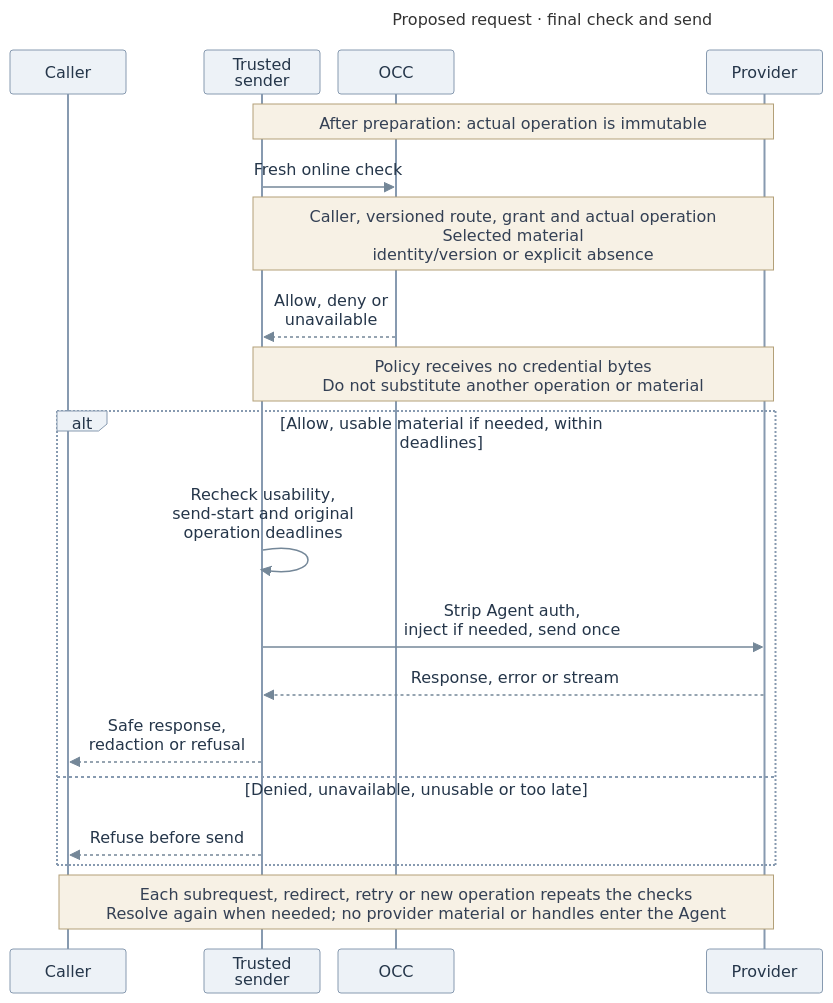
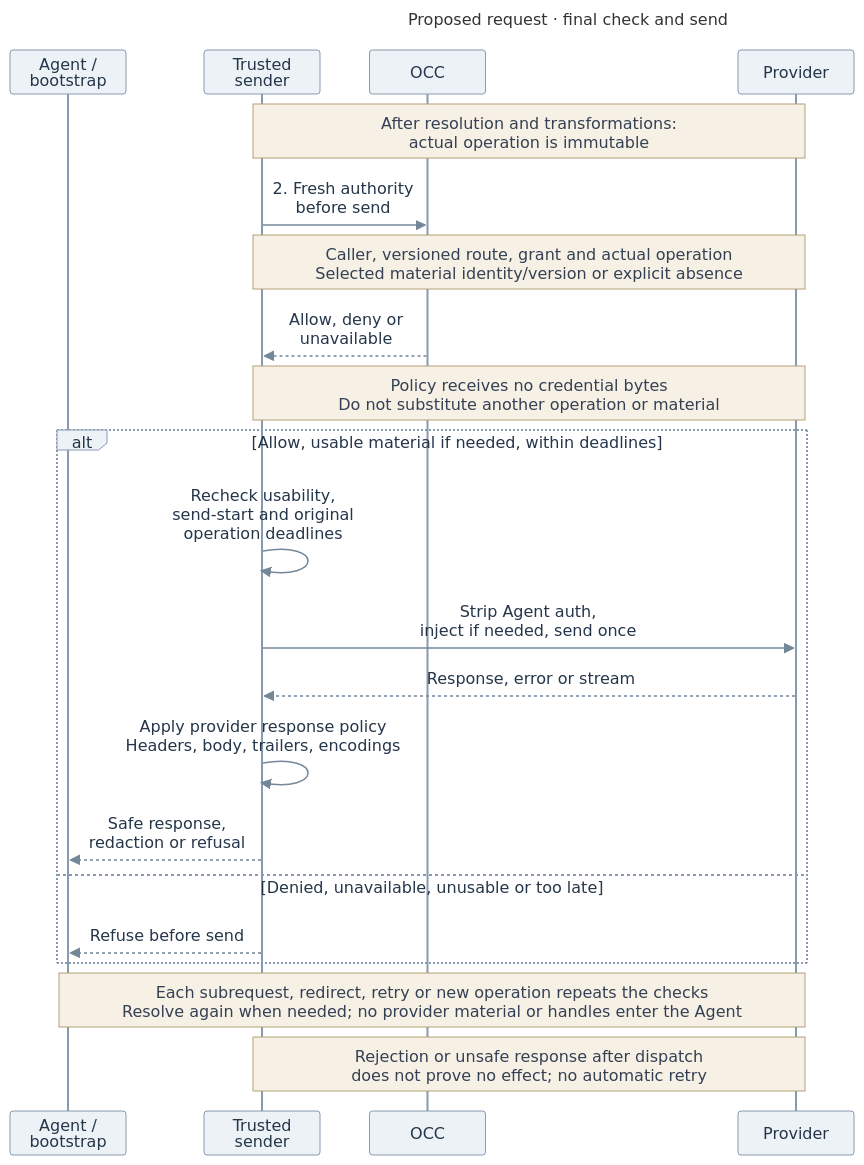
The diagram in specs/rfcs/0019-egress-proxy-credential-lifecycle/assets/request-forwarding.mmd (freeqaz-openai/openclaw-enterprise), drawn with Mermaid before and after one commit. The commit also changed 20 other files, not shown here.

```diff
--- a/specs/rfcs/0019-egress-proxy-credential-lifecycle/assets/request-forwarding.mmd
+++ b/specs/rfcs/0019-egress-proxy-credential-lifecycle/assets/request-forwarding.mmd
@@ -1,46 +1,48 @@
 ---
 title: "Proposed request · final check and send"
 config:
   theme: base
   themeVariables:
     fontFamily: "Arial, sans-serif"
     fontSize: "16px"
     actorBkg: "#EDF2F7"
     actorBorder: "#879AB0"
     actorTextColor: "#25364A"
     noteBkgColor: "#F7F1E5"
     noteBorderColor: "#B3A078"
     noteTextColor: "#344054"
     signalColor: "#748798"
     signalTextColor: "#25364A"
   sequence:
     useMaxWidth: false
     actorMargin: 18
     width: 116
     height: 44
     diagramMarginX: 12
     diagramMarginY: 12
     messageMargin: 16
     noteMargin: 8
     mirrorActors: true
     wrap: true
 ---
 sequenceDiagram
-  participant A as Caller
+  participant A as Agent /<br/>bootstrap
   participant S as Trusted sender
   participant C as OCC
   participant P as Provider
-  Note over S,P: After preparation: actual operation is immutable
-  S->>C: Fresh online check
+  Note over S,P: After resolution and transformations:<br/>actual operation is immutable
+  S->>C: 2. Fresh authority before send
   Note over S,P: Caller, versioned route, grant and actual operation<br/>Selected material identity/version or explicit absence
   C-->>S: Allow, deny or unavailable
   Note over S,P: Policy receives no credential bytes<br/>Do not substitute another operation or material
   alt Allow, usable material if needed, within deadlines
     S->>S: Recheck usability,<br/>send-start and original<br/>operation deadlines
     S->>P: Strip Agent auth,<br/>inject if needed, send once
     P-->>S: Response, error or stream
+    S->>S: Apply provider response policy<br/>Headers, body, trailers, encodings
     S-->>A: Safe response,<br/>redaction or refusal
   else Denied, unavailable, unusable or too late
     S-->>A: Refuse before send
   end
   Note over A,P: Each subrequest, redirect, retry or new operation repeats the checks<br/>Resolve again when needed#59; no provider material or handles enter the Agent
+  Note over S,P: Rejection or unsafe response after dispatch<br/>does not prove no effect#59; no automatic retry
```
